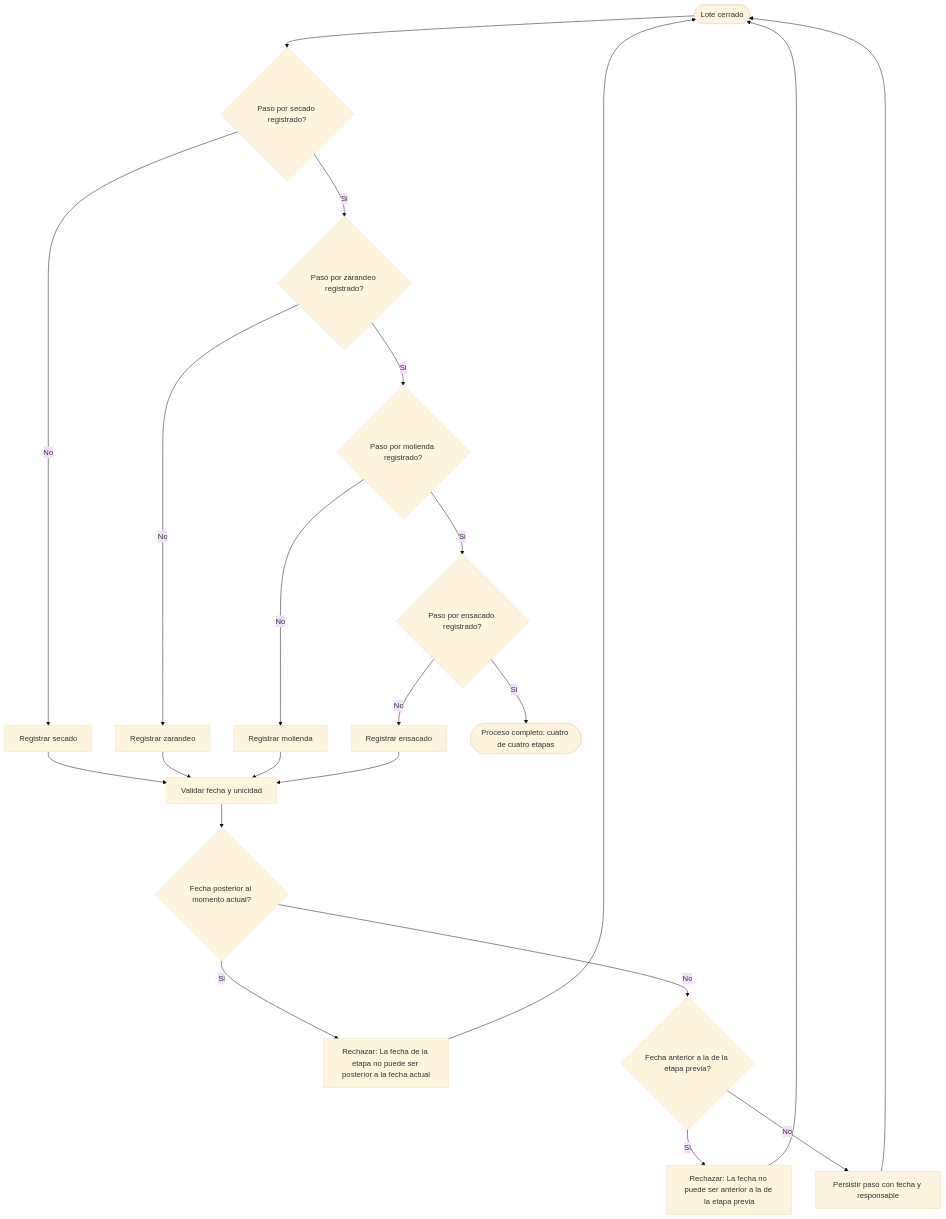
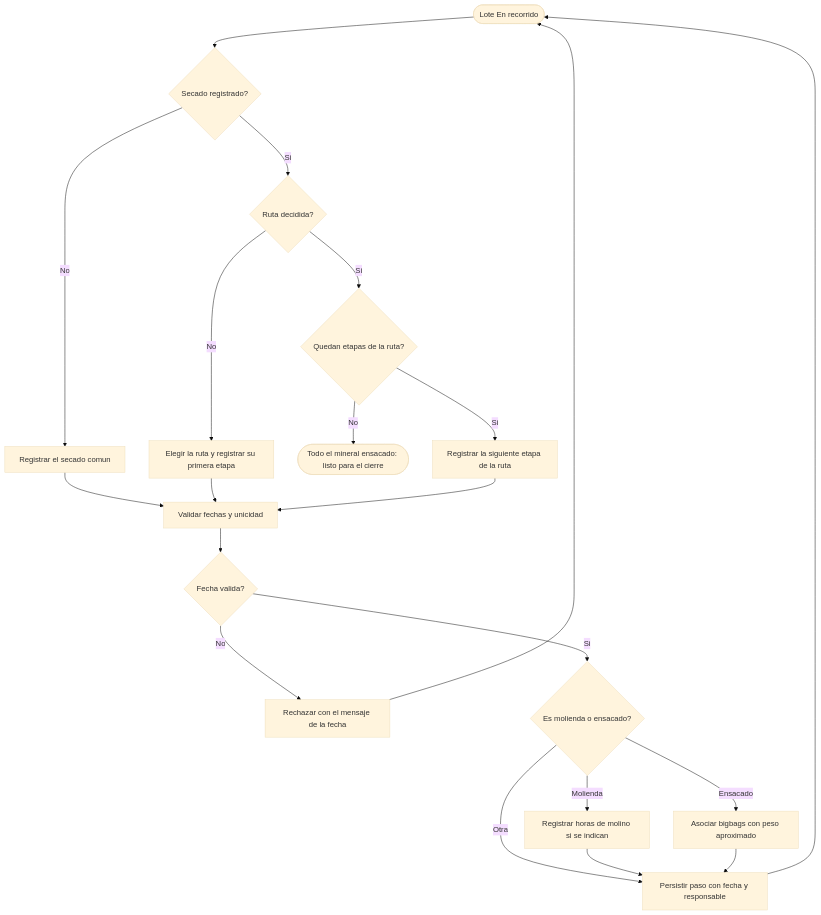
One commit to adlerOmonte1/LogisticaMinera changed the second of 5 diagrams in docs/modulos/M06-trazabilidad/diagramas/actividades.md. Above: the diagram before and after it, drawn with Mermaid (base theme). The commit also changed other lines of this file and 9 other files, not shown here.

````diff
--- a/docs/modulos/M06-trazabilidad/diagramas/actividades.md
+++ b/docs/modulos/M06-trazabilidad/diagramas/actividades.md
@@ -33,24 +39,23 @@
 ```mermaid
 flowchart TD
-    I([Lote cerrado]) --> D1{Paso por secado registrado?}
-    D1 -->|No| R1[Registrar secado]
-    D1 -->|Si| D2{Paso por zarandeo registrado?}
-    R1 --> V1[Validar fecha y unicidad]
-    D2 -->|No| R2[Registrar zarandeo]
-    D2 -->|Si| D3{Paso por molienda registrado?}
+    I([Lote En recorrido]) --> D1{Secado registrado?}
+    D1 -->|No| R1[Registrar el secado comun]
+    D1 -->|Si| D2{Ruta decidida?}
+    D2 -->|No| R2[Elegir la ruta y registrar su primera etapa]
+    D2 -->|Si| D3{Quedan etapas de la ruta?}
+    D3 -->|No| F1([Todo el mineral ensacado: listo para el cierre])
+    D3 -->|Si| R3[Registrar la siguiente etapa de la ruta]
+    R1 --> V1[Validar fechas y unicidad]
     R2 --> V1
-    D3 -->|No| R3[Registrar molienda]
-    D3 -->|Si| D4{Paso por ensacado registrado?}
     R3 --> V1
-    D4 -->|No| R4[Registrar ensacado]
-    D4 -->|Si| F1([Proceso completo: cuatro de cuatro etapas])
-    R4 --> V1
-    V1 --> V2{Fecha posterior al momento actual?}
-    V2 -->|Si| E1[Rechazar: La fecha de la etapa no puede ser posterior a la fecha actual]
+    V1 --> V2{Fecha valida?}
+    V2 -->|No| E1[Rechazar con el mensaje de la fecha]
     E1 --> I
-    V2 -->|No| V3{Fecha anterior a la de la etapa previa?}
-    V3 -->|Si| E2[Rechazar: La fecha no puede ser anterior a la de la etapa previa]
-    E2 --> I
-    V3 -->|No| P1[Persistir paso con fecha y responsable]
+    V2 -->|Si| D4{Es molienda o ensacado?}
+    D4 -->|Molienda| M1[Registrar horas de molino si se indican]
+    D4 -->|Ensacado| B1[Asociar bigbags con peso aproximado]
+    D4 -->|Otra| P1[Persistir paso con fecha y responsable]
+    M1 --> P1
+    B1 --> P1
     P1 --> I
 ```
````
